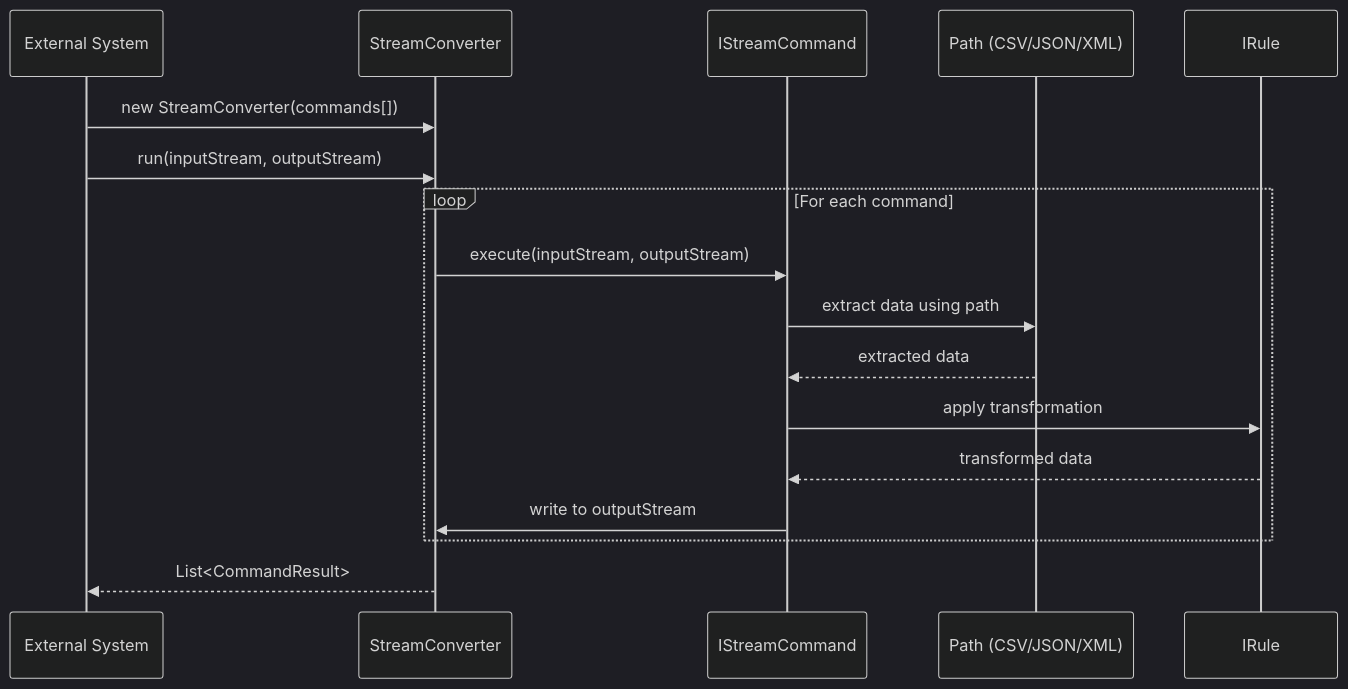
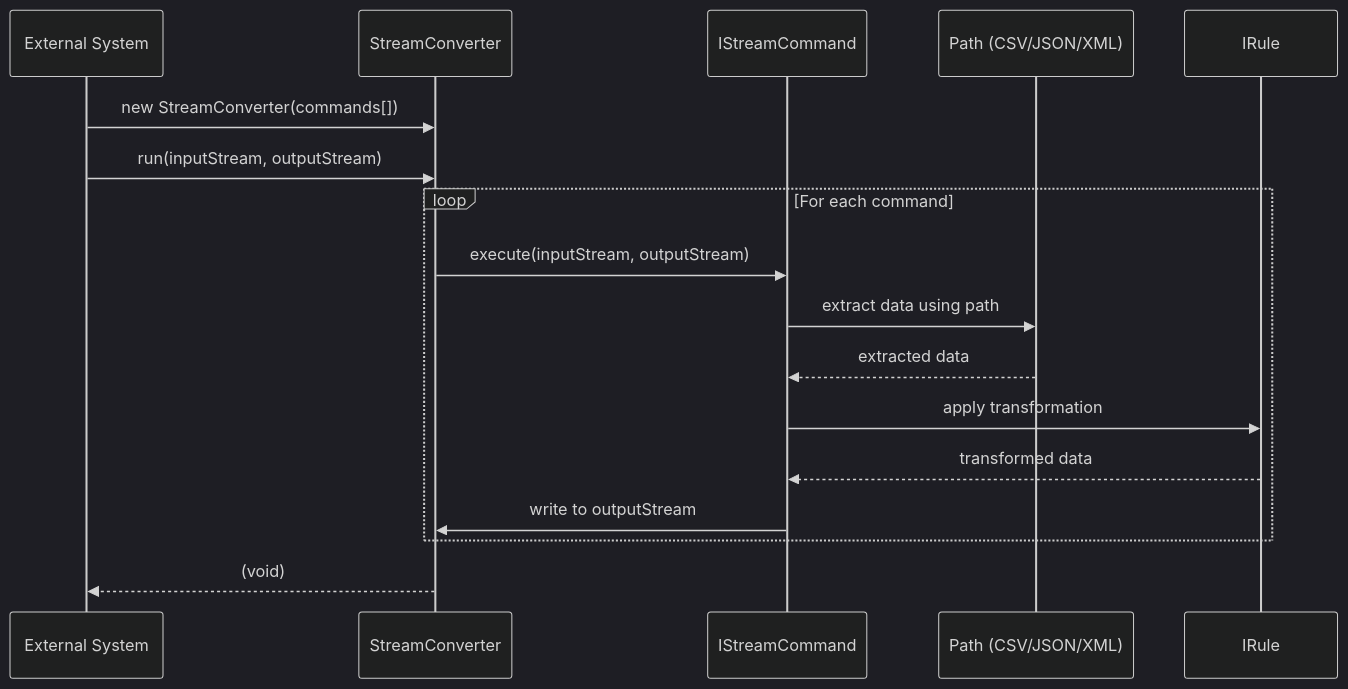
Before and after one commit to 3211133/StreamConverter: the fourth of 4 diagrams in docs/ARCHITECTURE_DIAGRAMS.md, drawn with Mermaid (dark theme). The commit also changed other lines of this file and 21 other files, not shown here.

````diff
--- a/docs/ARCHITECTURE_DIAGRAMS.md
+++ b/docs/ARCHITECTURE_DIAGRAMS.md
@@ -146,22 +145,22 @@
 ```mermaid
 sequenceDiagram
     participant Client as External System
     participant SC as StreamConverter
     participant Cmd as IStreamCommand
     participant Path as Path (CSV/JSON/XML)
     participant Rule as IRule
     
     Client->>SC: new StreamConverter(commands[])
     Client->>SC: run(inputStream, outputStream)
     
     loop For each command
         SC->>Cmd: execute(inputStream, outputStream)
         Cmd->>Path: extract data using path
         Path-->>Cmd: extracted data
         Cmd->>Rule: apply transformation
         Rule-->>Cmd: transformed data
         Cmd->>SC: write to outputStream
     end
     
-    SC-->>Client: List<CommandResult>
+    SC-->>Client: (void)
 ```
````
